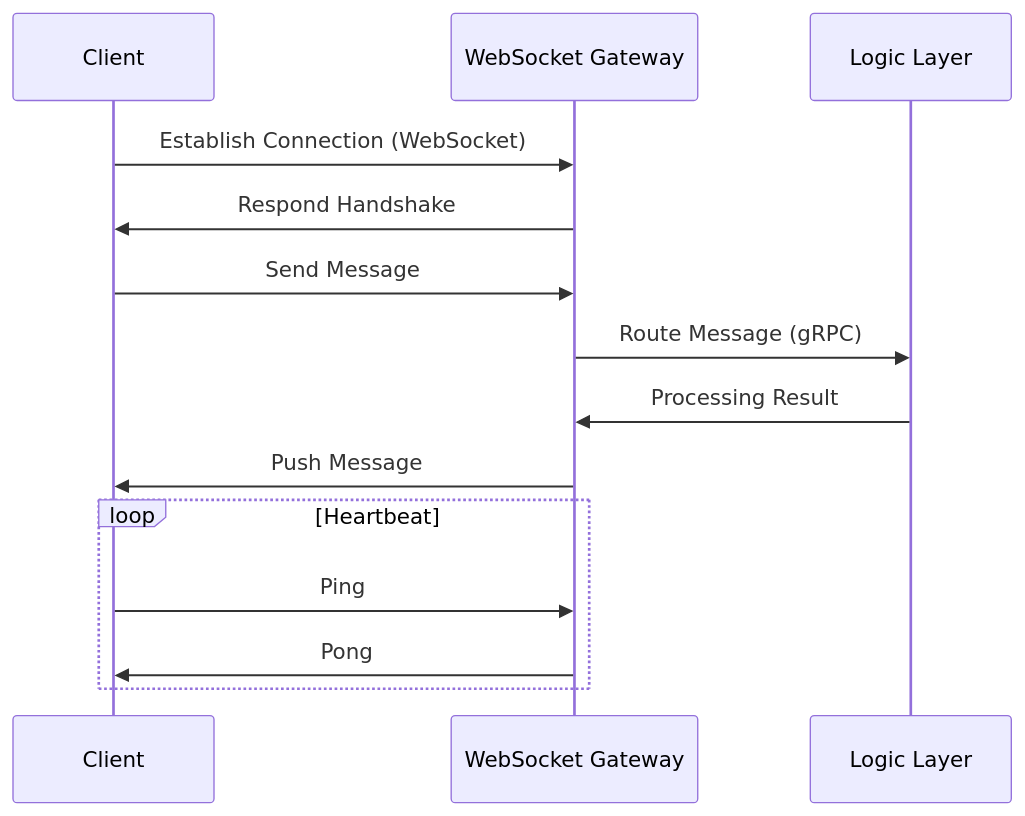
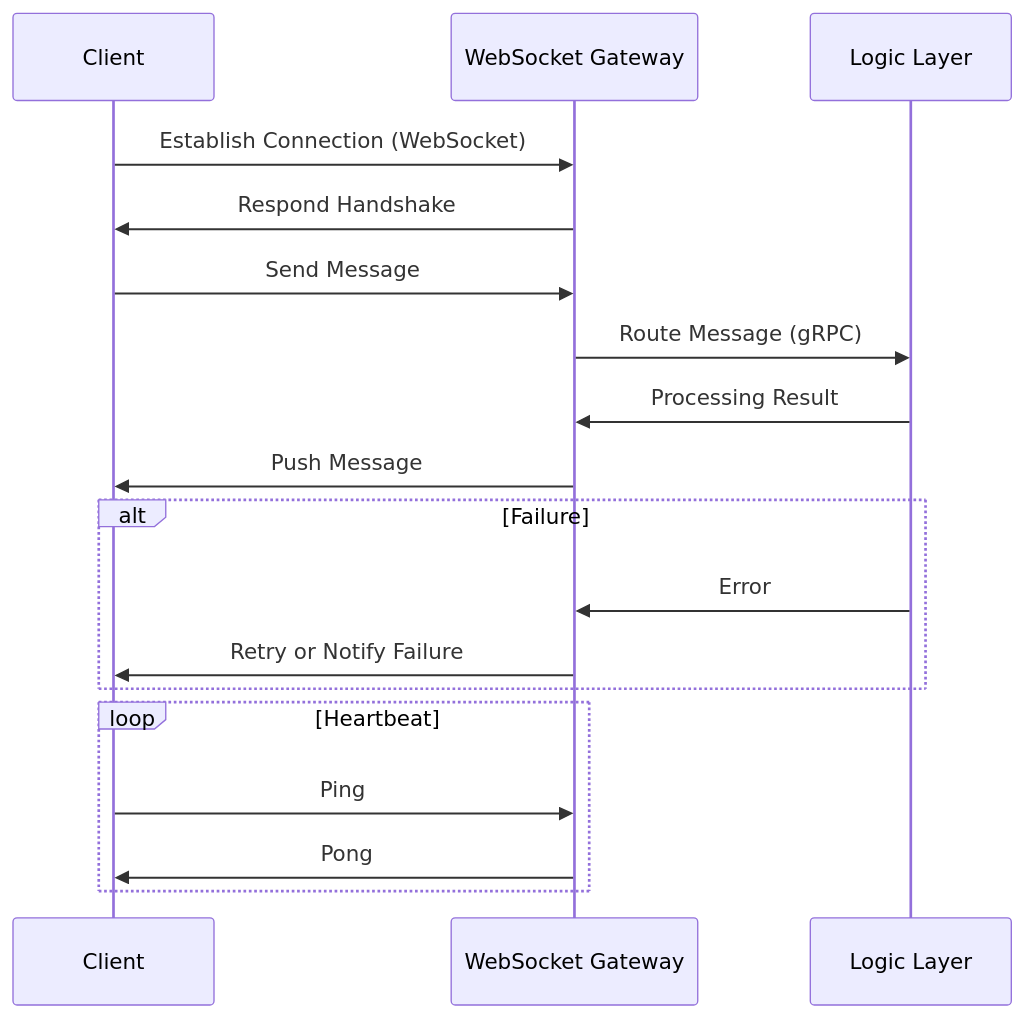
Before and after one commit to zhengstar94/zhengstar94.github.io: the third of 4 diagrams in _projects/4_projectDesignChat.md, drawn with Mermaid. The commit also changed other lines of this file, not shown here.

````diff
--- a/_projects/4_projectDesignChat.md
+++ b/_projects/4_projectDesignChat.md
@@ -275,16 +319,20 @@
 ```mermaid
 sequenceDiagram
     participant C as Client
     participant W as WebSocket Gateway
     participant L as Logic Layer
     C->>W: Establish Connection (WebSocket)
     W->>C: Respond Handshake
     C->>W: Send Message
     W->>L: Route Message (gRPC)
     L->>W: Processing Result
     W->>C: Push Message
+    alt Failure
+        L->>W: Error
+        W->>C: Retry or Notify Failure
+    end
     loop Heartbeat
         C->>W: Ping
         W->>C: Pong
     end
 ```
````
